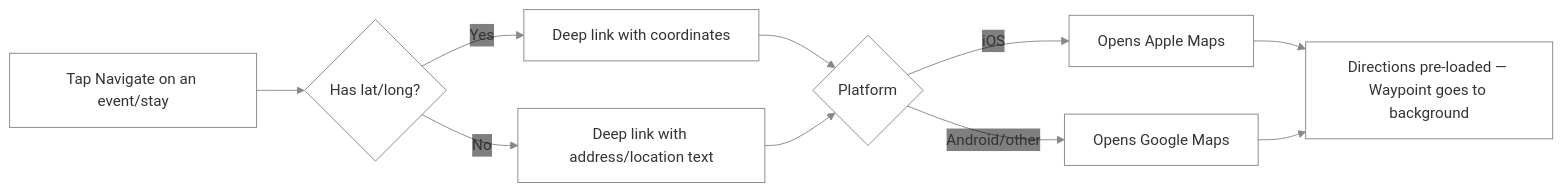
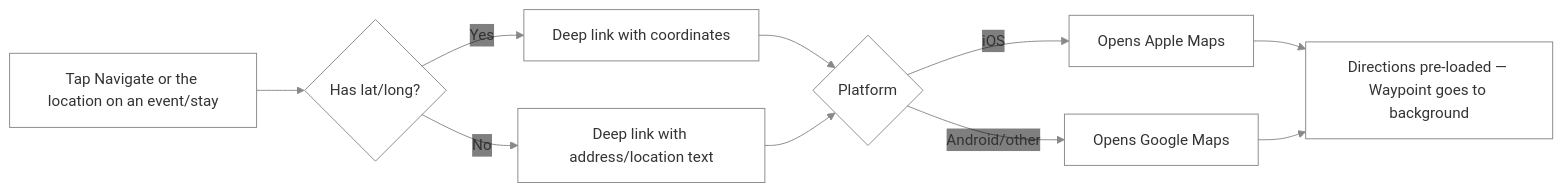
One commit to NovaMoonX/moondreams-dev-apps changed diagram 18 of 23 in src/apps/waypoint/UX.md. Above: the diagram before and after it, drawn with Mermaid. The commit also changed other lines of this file and 23 other files, not shown here.

````diff
--- a/src/apps/waypoint/UX.md
+++ b/src/apps/waypoint/UX.md
@@ -370,13 +373,13 @@
 ```mermaid
 %%{init: {'theme': 'base', 'themeVariables': {'primaryColor': 'transparent', 'clusterBkg': 'transparent', 'primaryBorderColor': '#888888', 'clusterBorder': '#888888', 'lineColor': '#888888', 'primaryTextColor': '#333333'}}}%%
 flowchart LR
-    A[Tap Navigate on an event/stay] --> B{Has lat/long?}
+    A[Tap Navigate or the location on an event/stay] --> B{Has lat/long?}
     B -->|Yes| C[Deep link with coordinates]
     B -->|No| D[Deep link with address/location text]
     C --> E{Platform}
     D --> E
     E -->|iOS| F[Opens Apple Maps]
     E -->|Android/other| G[Opens Google Maps]
     F --> H[Directions pre-loaded — Waypoint goes to background]
     G --> H
 ```
````
